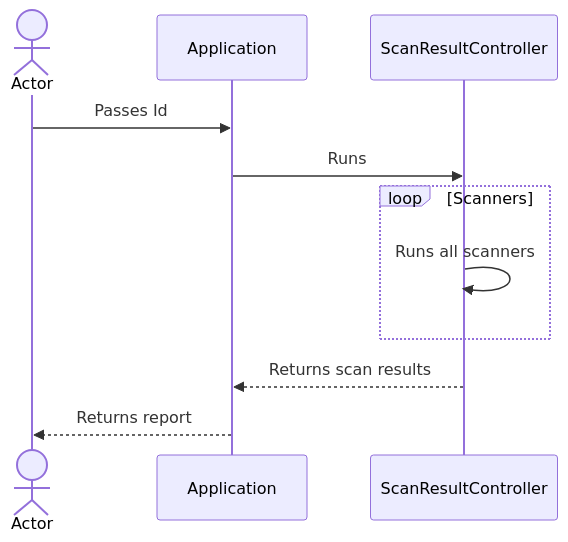
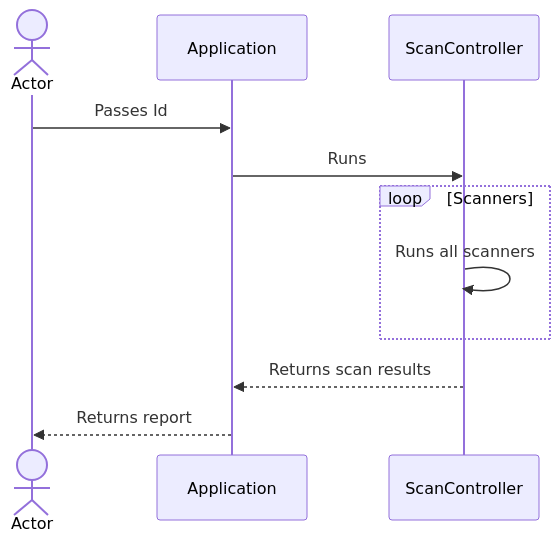
Before and after one commit to elszczepano/master-thesis-automation: the second of 2 diagrams in README.md, drawn with Mermaid.

Commit message:
Fix the sequence diagram

````diff
--- a/README.md
+++ b/README.md
@@ -50,13 +50,13 @@
 ```mermaid
 sequenceDiagram
     actor User as Actor
     participant Application
-    participant ScanResultController
+    participant ScanController
     User->>Application: Passes Id
-    Application->>ScanResultController: Runs
+    Application->>ScanController: Runs
     loop Scanners
-        ScanResultController->>ScanResultController: Runs all scanners
+        ScanController->>ScanController: Runs all scanners
     end
-    ScanResultController-->>Application: Returns scan results
+    ScanController-->>Application: Returns scan results
     Application-->>User: Returns report
 ```
````
